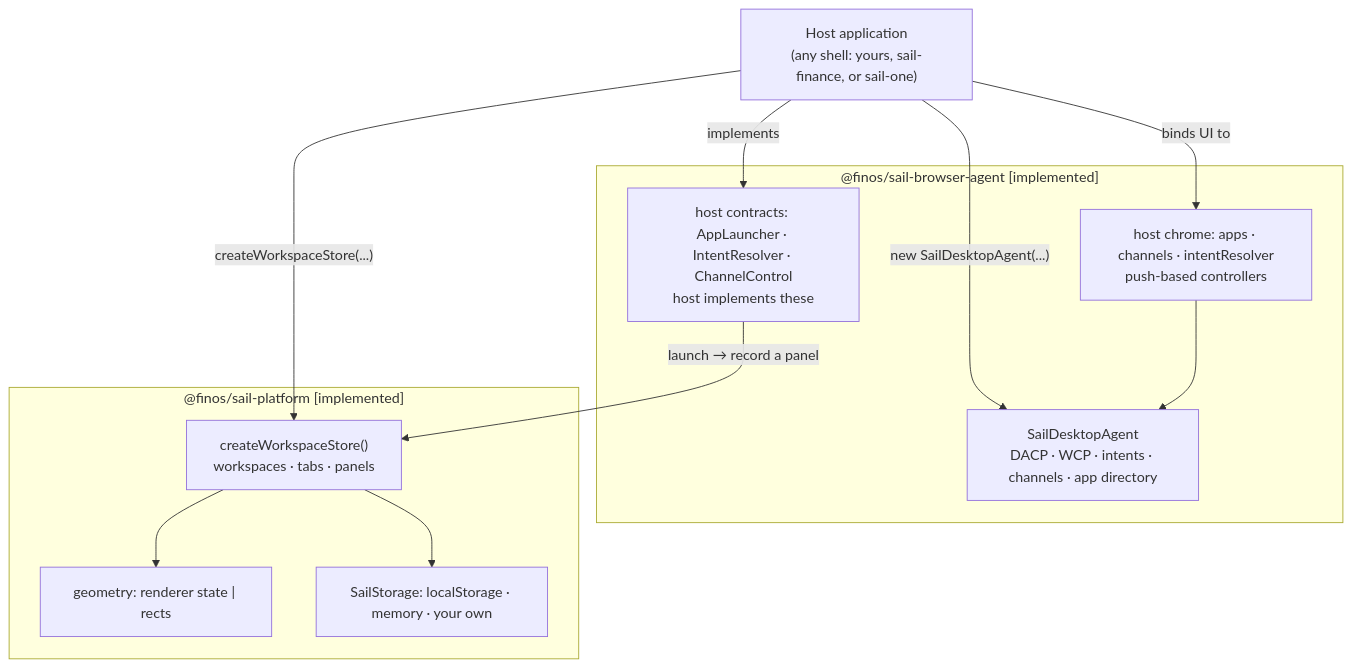
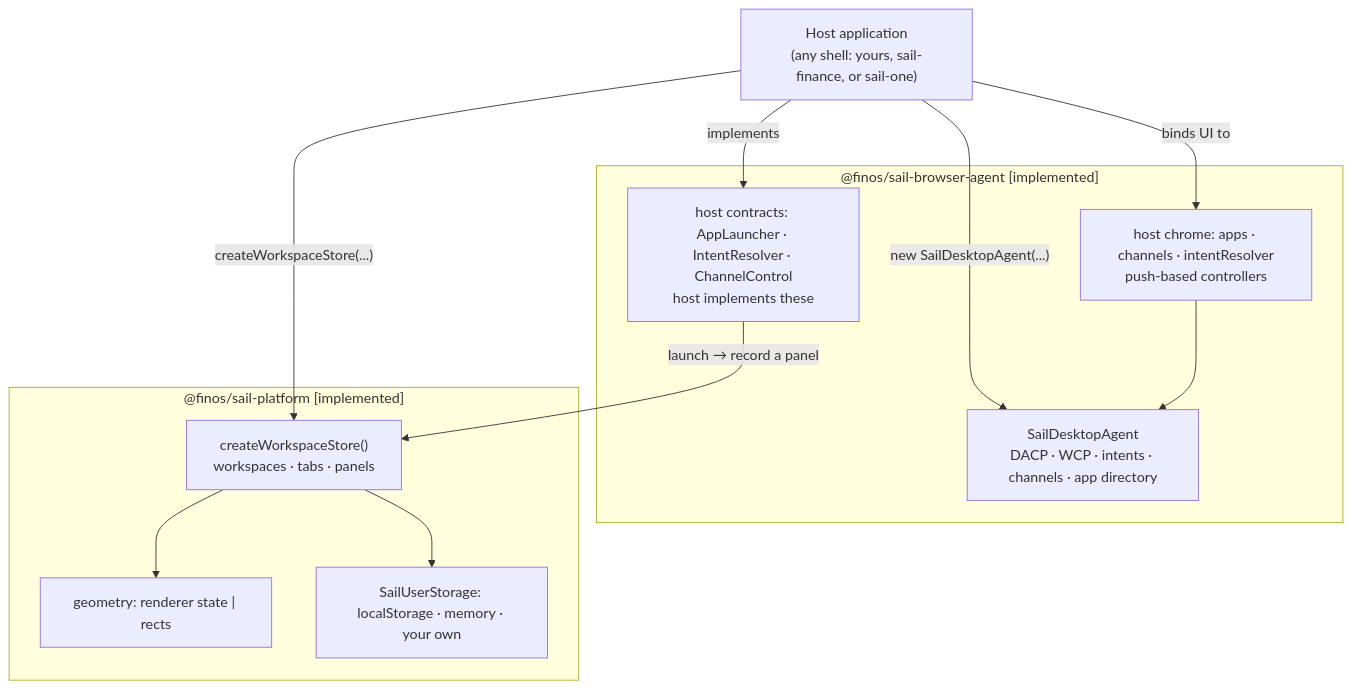
Before and after one commit to finos/FDC3-Sail: the first of 2 diagrams in website/docs/architecture/overview.md, drawn with Mermaid. The commit also changed other lines of this file and 125 other files, not shown here.

````diff
--- a/website/docs/architecture/overview.md
+++ b/website/docs/architecture/overview.md
@@ -109,25 +109,25 @@
 ```mermaid
 flowchart TB
   HOST["Host application<br/>(any shell: yours, sail-finance, or sail-one)"]
 
   subgraph AGENT["@finos/sail-browser-agent [implemented]"]
     SDA["SailDesktopAgent<br/>DACP · WCP · intents · channels · app directory"]
     CHROME["host chrome: apps · channels · intentResolver<br/>push-based controllers"]
     SEAMS["host contracts: AppLauncher · IntentResolver · ChannelControl<br/>host implements these"]
   end
 
   subgraph PLAT["@finos/sail-platform [implemented]"]
     WS["createWorkspaceStore()<br/>workspaces · tabs · panels"]
     GEO["geometry: renderer state | rects"]
-    ST["SailStorage: localStorage · memory · your own"]
+    ST["SailUserStorage: localStorage · memory · your own"]
   end
 
   HOST -->|"implements"| SEAMS
   HOST -->|"new SailDesktopAgent(...)"| SDA
   HOST -->|"createWorkspaceStore(...)"| WS
   HOST -->|"binds UI to"| CHROME
   SEAMS -->|"launch → record a panel"| WS
   CHROME --> SDA
   WS --> GEO
   WS --> ST
 ```
````
